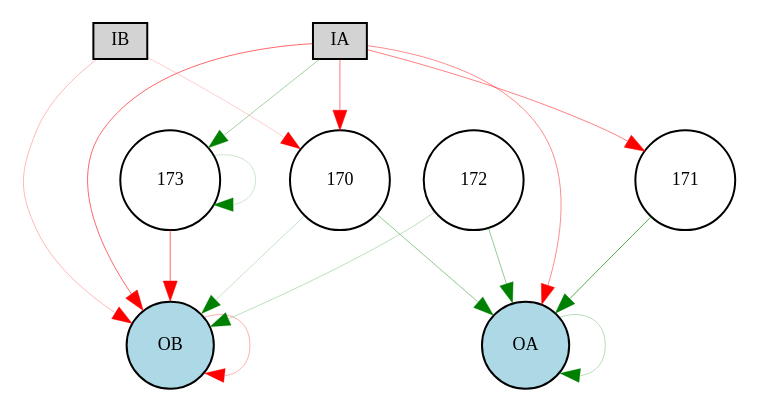
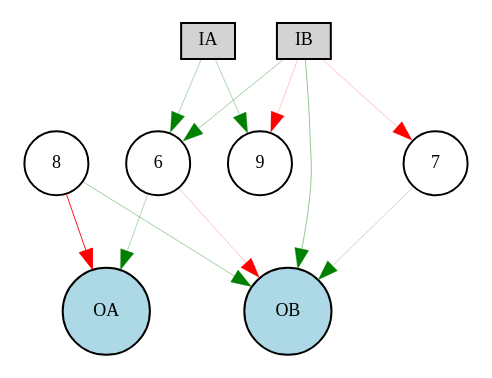
Before and after one commit to danxan/neuromorphic-evolution: the diagram in source/discrete_experiment/Digraph.gv, drawn with Graphviz. The commit also changed 7 other files, not shown here.

```diff
--- a/source/discrete_experiment/Digraph.gv
+++ b/source/discrete_experiment/Digraph.gv
@@ -1,27 +1,21 @@
 digraph {
 	node [fontsize=9 height=0.2 shape=circle width=0.2]
 	IA [fillcolor=lightgray shape=box style=filled]
 	IB [fillcolor=lightgray shape=box style=filled]
 	OA [fillcolor=lightblue style=filled]
 	OB [fillcolor=lightblue style=filled]
-	170 [fillcolor=white style=filled]
-	171 [fillcolor=white style=filled]
-	172 [fillcolor=white style=filled]
-	173 [fillcolor=white style=filled]
-	OA -> OA [color=green penwidth=0.13594834192686148 style=solid]
-	173 -> 173 [color=green penwidth=0.10444070782762084 style=solid]
-	IA -> 173 [color=green penwidth=0.1817881869884793 style=solid]
-	IB -> OB [color=red penwidth=0.13688689619666777 style=solid]
-	IA -> 170 [color=red penwidth=0.26652480789217253 style=solid]
-	170 -> OA [color=green penwidth=0.22359439588776114 style=solid]
-	171 -> OA [color=green penwidth=0.3361208335127804 style=solid]
-	IA -> 171 [color=red penwidth=0.25304644837327495 style=solid]
-	IA -> OB [color=red penwidth=0.30294100406302304 style=solid]
-	172 -> OB [color=green penwidth=0.13352349415548767 style=solid]
-	173 -> OB [color=red penwidth=0.29696871194154006 style=solid]
-	172 -> OA [color=green penwidth=0.21199342801047044 style=solid]
-	IA -> OA [color=red penwidth=0.23427329181401058 style=solid]
-	170 -> OB [color=green penwidth=0.1091353415838929 style=solid]
-	OB -> OB [color=red penwidth=0.15962974578937805 style=solid]
-	IB -> 170 [color=red penwidth=0.1 style=solid]
+	6 [fillcolor=white style=filled]
+	7 [fillcolor=white style=filled]
+	8 [fillcolor=white style=filled]
+	7 -> OB [color=green penwidth=0.12766051425023556 style=solid]
+	IA -> 9 [color=green penwidth=0.15603402456105123 style=solid]
+	8 -> OA [color=red penwidth=0.4704966163567613 style=solid]
+	6 -> OA [color=green penwidth=0.1525082975871173 style=solid]
+	8 -> OB [color=green penwidth=0.19078110249920147 style=solid]
+	IB -> 7 [color=red penwidth=0.12474553793518578 style=solid]
+	6 -> OB [color=red penwidth=0.11533845903924868 style=solid]
+	IB -> OB [color=green penwidth=0.21617964112918586 style=solid]
+	IA -> 6 [color=green penwidth=0.16461180489466587 style=solid]
+	IB -> 9 [color=red penwidth=0.11401356794371949 style=solid]
+	IB -> 6 [color=green penwidth=0.18713691032184815 style=solid]
 }
```
